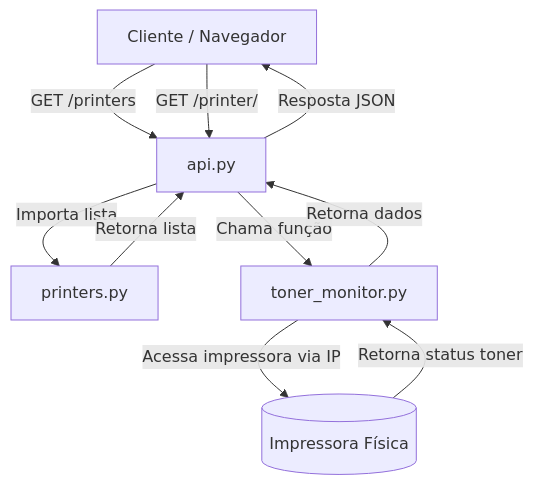
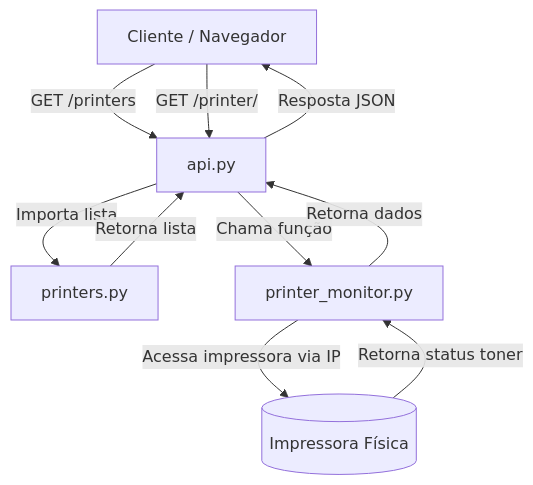
One commit to diegoventurasg/printer-monitor-api changed the diagram in README.md. Above: the diagram before and after it, drawn with Mermaid. The commit also changed other lines of this file, not shown here.

````diff
--- a/README.md
+++ b/README.md
@@ -151,15 +157,15 @@
 ```mermaid
 flowchart TD
     A[Cliente / Navegador] -->|GET /printers| B[api.py]
     A -->|GET /printer/<id>| B
 
     B -->|Importa lista| C[printers.py]
-    B -->|Chama função| D[toner_monitor.py]
+    B -->|Chama função| D[printer_monitor.py]
 
     D -->|Acessa impressora via IP| E[(Impressora Física)]
     E -->|Retorna status toner| D
     D -->|Retorna dados| B
     C -->|Retorna lista| B
 
     B -->|Resposta JSON| A
 ```
````
